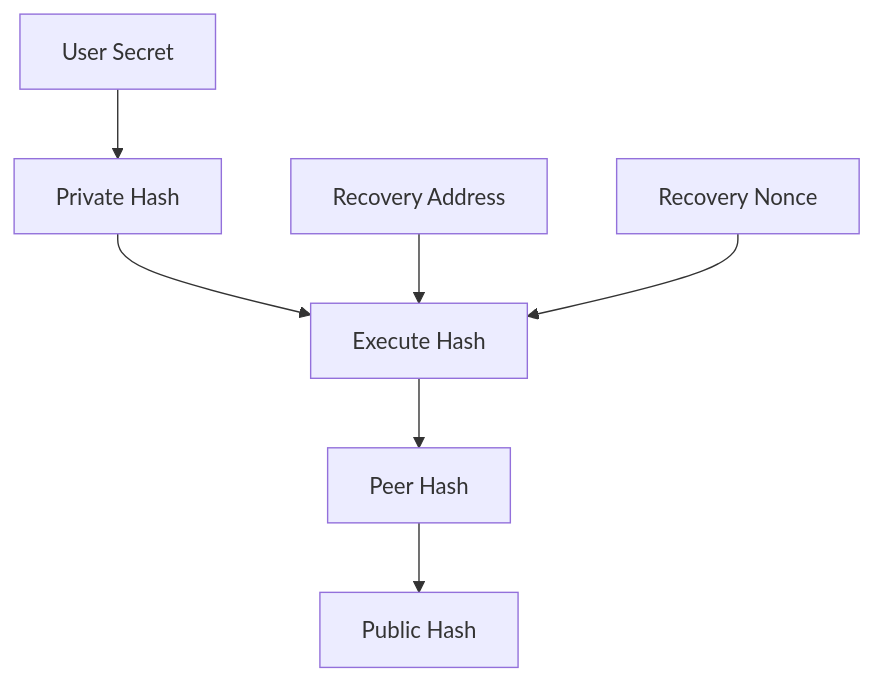
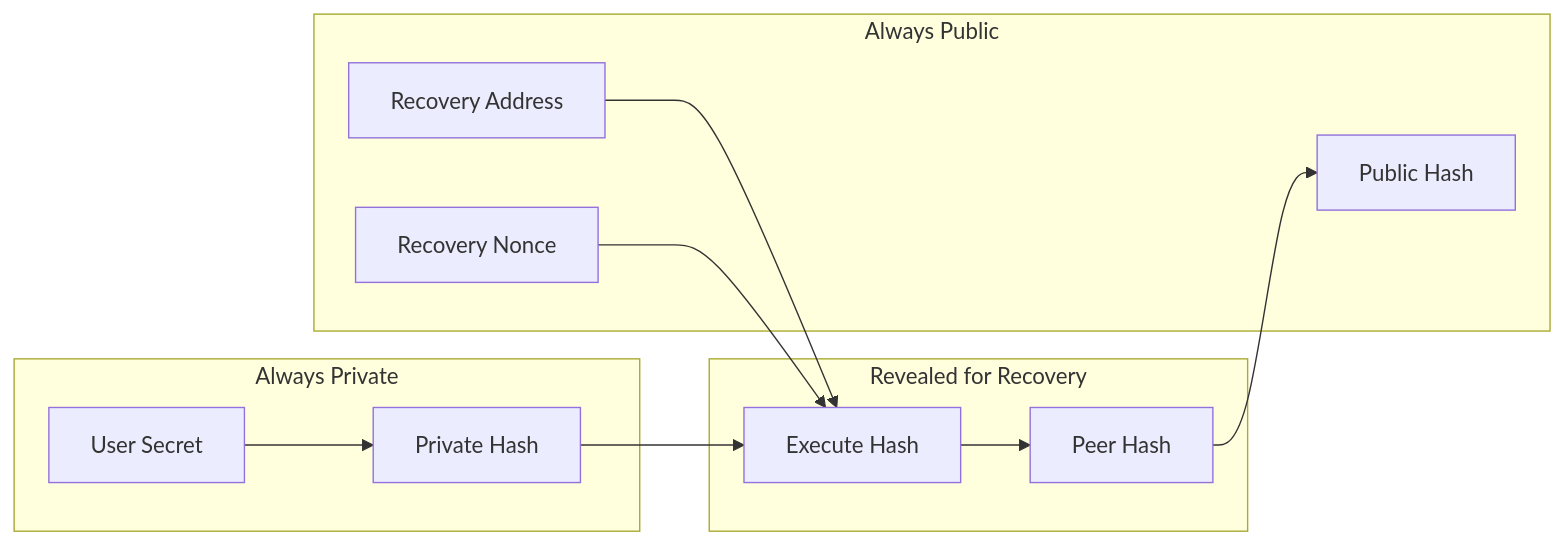
One commit to ethereum/EIPs changed the diagram in EIPS/eip-2429.md. Above: the diagram before and after it, drawn with Mermaid.

Commit message:
add subgraphs

````diff
--- a/EIPS/eip-2429.md
+++ b/EIPS/eip-2429.md
@@ -76,14 +76,22 @@
 ```mermaid
-	graph TD
-	recovery_contract["Recovery Address"]
-	recovery_nonce["Recovery Nonce"]
-	user_secret_data["User Secret"] 
-	private_hash["Private Hash"]
-	hash_to_execute["Execute Hash"] 
-	hash_to_peer["Peer Hash"]
-	public_hash["Public Hash"]
-	
-	user_secret_data -->  private_hash --> hash_to_execute --> hash_to_peer --> public_hash
-	recovery_contract --> hash_to_execute
-	recovery_nonce --> hash_to_execute
+	graph LR
+        subgraph Always Private
+            user_secret_data["User Secret"] 
+            private_hash["Private Hash"]
+        end
+
+            subgraph Revealed for Recovery
+                hash_to_execute["Execute Hash"] 
+                hash_to_peer["Peer Hash"]
+            end
+            subgraph Always Public
+                recovery_contract["Recovery Address"]
+                recovery_nonce["Recovery Nonce"]
+                public_hash["Public Hash"]
+            end
+
+        
+        user_secret_data -->  private_hash --> hash_to_execute --> hash_to_peer --> public_hash
+        recovery_contract --> hash_to_execute
+        recovery_nonce --> hash_to_execute
 ```
````
